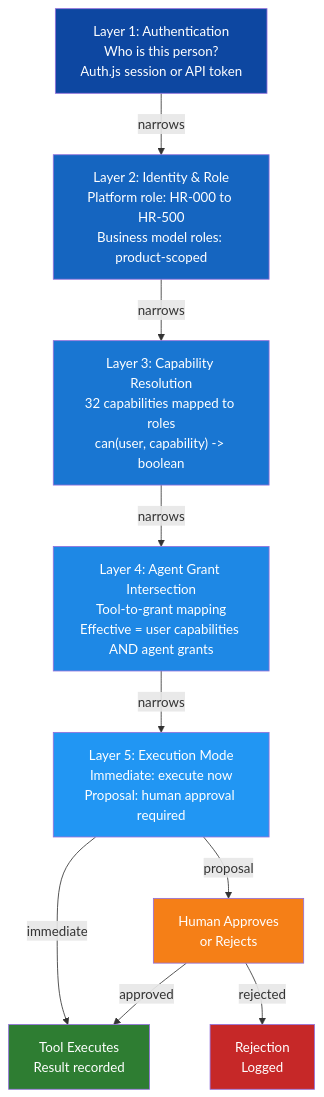
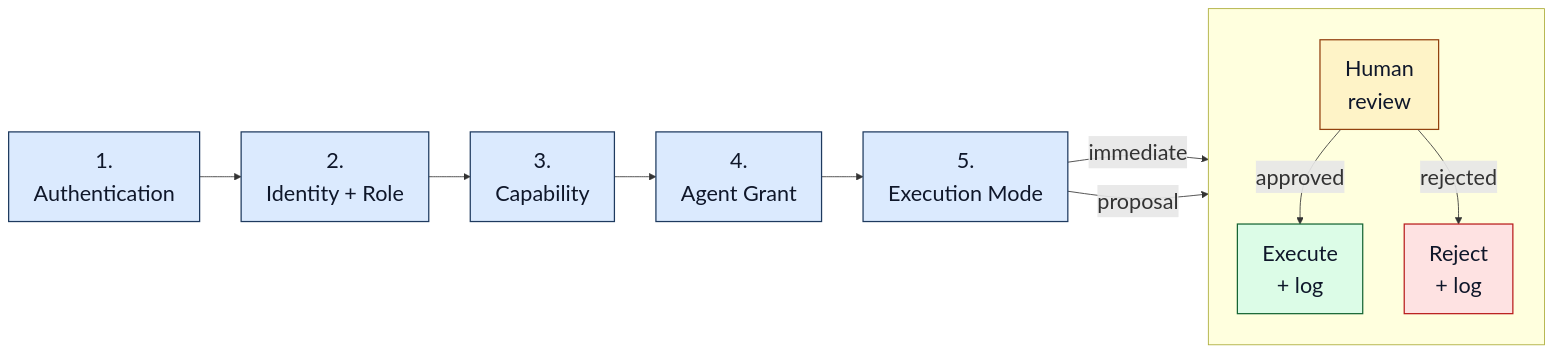
One commit to OpenDigitalProductFactory/opendigitalproductfactory changed the diagram in docs/architecture/tak-diagrams/02-authority-layers.mmd. Above: the diagram before and after it, drawn with Mermaid. The commit also changed 49 other files, not shown here.

```diff
--- a/docs/architecture/tak-diagrams/02-authority-layers.mmd
+++ b/docs/architecture/tak-diagrams/02-authority-layers.mmd
@@ -1,25 +1,30 @@
-flowchart TB
-    L1["Layer 1: Authentication\nWho is this person?\nAuth.js session or API token"]
-    L2["Layer 2: Identity & Role\nPlatform role: HR-000 to HR-500\nBusiness model roles: product-scoped"]
-    L3["Layer 3: Capability Resolution\n32 capabilities mapped to roles\ncan(user, capability) -> boolean"]
-    L4["Layer 4: Agent Grant Intersection\nTool-to-grant mapping\nEffective = user capabilities AND agent grants"]
-    L5["Layer 5: Execution Mode\nImmediate: execute now\nProposal: human approval required"]
+%%{init: {'themeVariables': {'fontSize': '26px'}}}%%
+flowchart LR
+    L1["1.<br/>Authentication"]
+    L2["2.<br/>Identity + Role"]
+    L3["3.<br/>Capability"]
+    L4["4.<br/>Agent Grant"]
+    L5["5.<br/>Execution Mode"]
 
-    L1 -->|narrows| L2
-    L2 -->|narrows| L3
-    L3 -->|narrows| L4
-    L4 -->|narrows| L5
+    subgraph OUT[" "]
+        direction TB
+        APPROVE["Human<br/>review"]
+        EXEC["Execute<br/>+ log"]
+        LOG["Reject<br/>+ log"]
+        APPROVE -->|approved| EXEC
+        APPROVE -->|rejected| LOG
+    end
 
-    L5 -->|immediate| EXEC["Tool Executes\nResult recorded"]
-    L5 -->|proposal| APPROVE["Human Approves\nor Rejects"]
-    APPROVE -->|approved| EXEC
-    APPROVE -->|rejected| LOG["Rejection\nLogged"]
+    L1 --> L2 --> L3 --> L4 --> L5
+    L5 -->|immediate| EXEC
+    L5 -->|proposal| APPROVE
 
-    style L1 fill:#0d47a1,color:#fff
-    style L2 fill:#1565c0,color:#fff
-    style L3 fill:#1976d2,color:#fff
-    style L4 fill:#1e88e5,color:#fff
-    style L5 fill:#2196f3,color:#fff
-    style EXEC fill:#2e7d32,color:#fff
-    style APPROVE fill:#f57f17,color:#fff
-    style LOG fill:#c62828,color:#fff
+    classDef layer fill:#dbeafe,stroke:#1e3a5f,color:#0f172a,stroke-width:1.5px
+    classDef success fill:#dcfce7,stroke:#166534,color:#0f172a,stroke-width:1.5px
+    classDef warning fill:#fef3c7,stroke:#92400e,color:#0f172a,stroke-width:1.5px
+    classDef danger fill:#fee2e2,stroke:#b91c1c,color:#0f172a,stroke-width:1.5px
+
+    class L1,L2,L3,L4,L5 layer
+    class EXEC success
+    class APPROVE warning
+    class LOG danger
```
